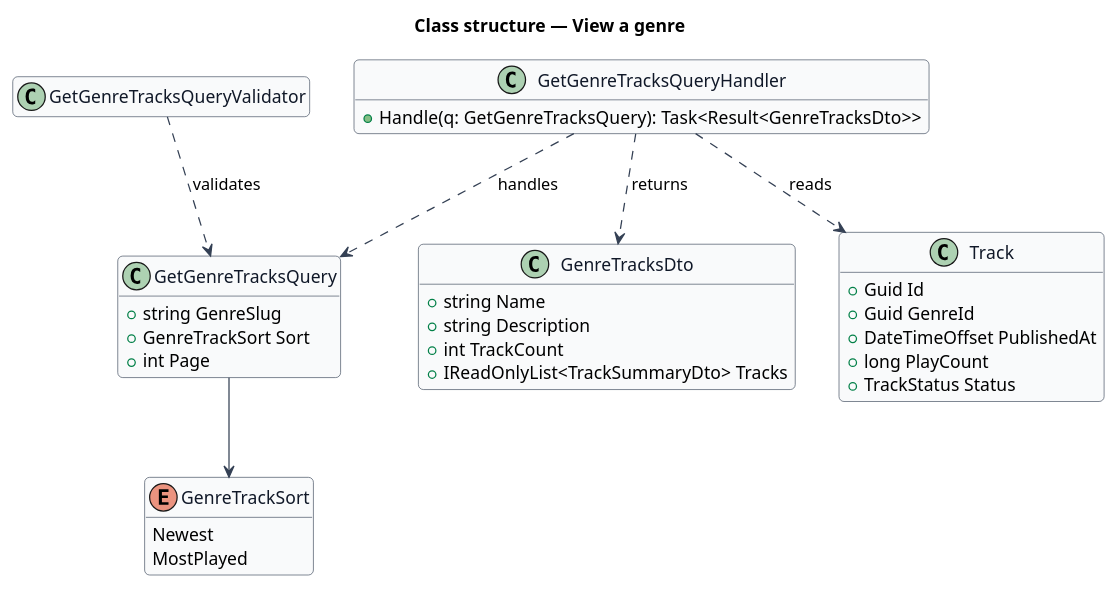
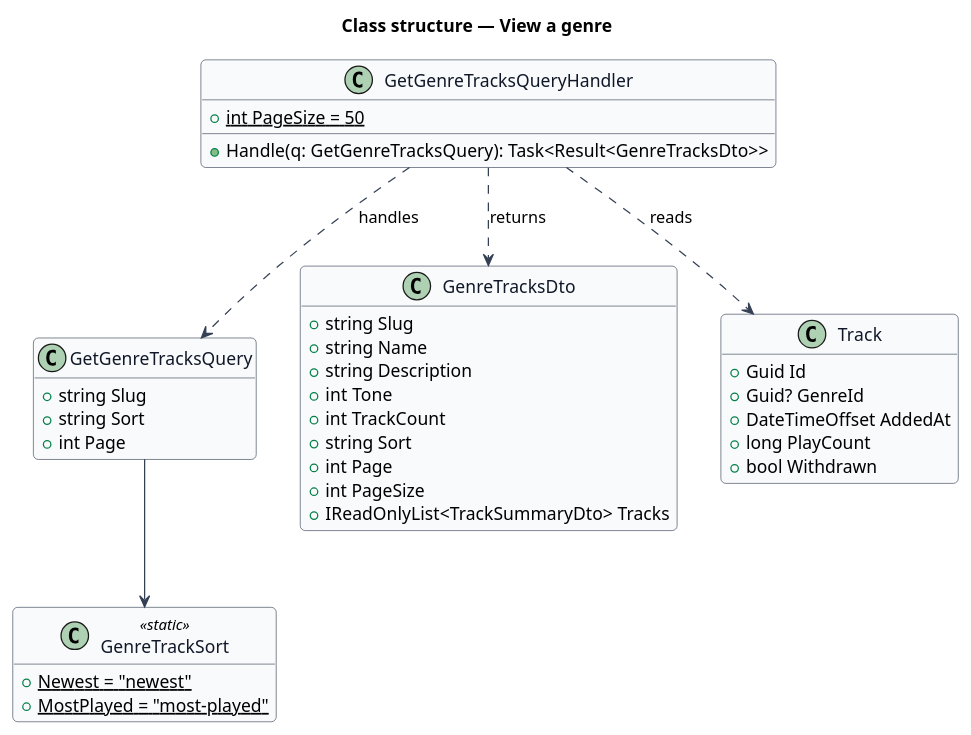
Before and after one commit to QuinntyneBrown/hummi: the diagram in docs/detailed-designs/discovery/view-genre/diagrams/class-structure.puml, drawn with PlantUML. The commit also changed 79 other files, not shown here.

First line of the commit message:
Browse genres: Browse, genre pages, sort, Play all and Shuffle

```diff
--- a/docs/detailed-designs/discovery/view-genre/diagrams/class-structure.puml
+++ b/docs/detailed-designs/discovery/view-genre/diagrams/class-structure.puml
@@ -1,46 +1,50 @@
 @startuml
 skinparam backgroundColor #FFFFFF
 skinparam shadowing false
 skinparam roundcorner 8
 skinparam defaultFontName Arial
 skinparam ArrowColor #344054
 skinparam class {
   BorderColor #344054
   FontColor #101828
   BackgroundColor #F9FAFB
 }
 hide empty members
 title Class structure — View a genre
 
-enum GenreTrackSort {
-  Newest
-  MostPlayed
+class GenreTrackSort <<static>> {
+  +{static} Newest = "newest"
+  +{static} MostPlayed = "most-played"
 }
 class GetGenreTracksQuery {
-  +string GenreSlug
-  +GenreTrackSort Sort
+  +string Slug
+  +string Sort
   +int Page
 }
-class GetGenreTracksQueryValidator
 class GetGenreTracksQueryHandler {
+  +{static} int PageSize = 50
   +Handle(q: GetGenreTracksQuery): Task<Result<GenreTracksDto>>
 }
 class GenreTracksDto {
+  +string Slug
   +string Name
   +string Description
+  +int Tone
   +int TrackCount
+  +string Sort
+  +int Page
+  +int PageSize
   +IReadOnlyList<TrackSummaryDto> Tracks
 }
 class Track {
   +Guid Id
-  +Guid GenreId
-  +DateTimeOffset PublishedAt
+  +Guid? GenreId
+  +DateTimeOffset AddedAt
   +long PlayCount
-  +TrackStatus Status
+  +bool Withdrawn
 }
 GetGenreTracksQuery --> GenreTrackSort
-GetGenreTracksQueryValidator ..> GetGenreTracksQuery : validates
 GetGenreTracksQueryHandler ..> GetGenreTracksQuery : handles
 GetGenreTracksQueryHandler ..> Track : reads
 GetGenreTracksQueryHandler ..> GenreTracksDto : returns
 @enduml
```
